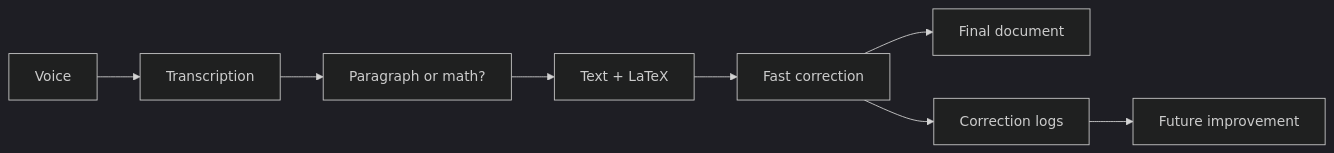
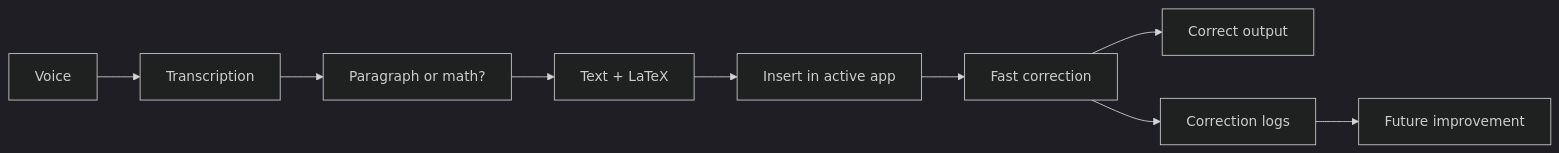
The diagram in README.md (sensopensource/DicTeX), drawn with Mermaid (dark theme) before and after one commit. The commit also changed other lines of this file and 4 other files, not shown here.

````diff
--- a/README.md
+++ b/README.md
@@ -25,10 +26,11 @@
 ```mermaid
 flowchart LR
     A[Voice] --> B[Transcription]
     B --> C[Paragraph or math?]
     C --> D[Text + LaTeX]
-    D --> E[Fast correction]
-    E --> F[Final document]
-    E --> G[Correction logs]
-    G --> H[Future improvement]
+    D --> E[Insert in active app]
+    E --> F[Fast correction]
+    F --> G[Correct output]
+    F --> H[Correction logs]
+    H --> I[Future improvement]
 ```
````
